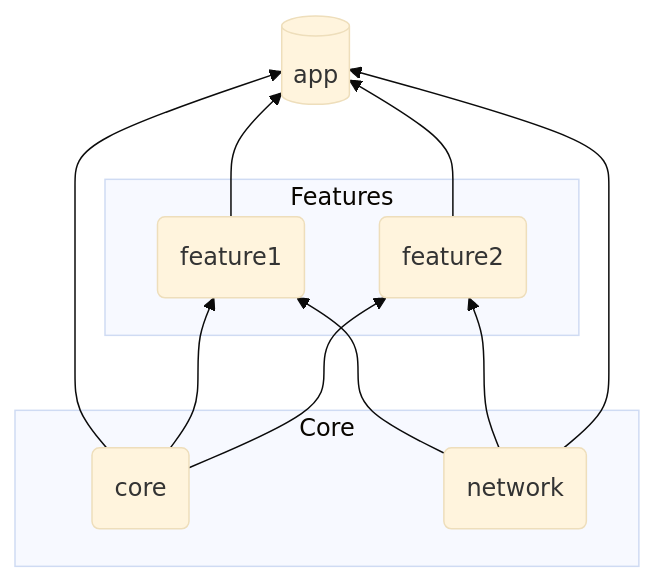
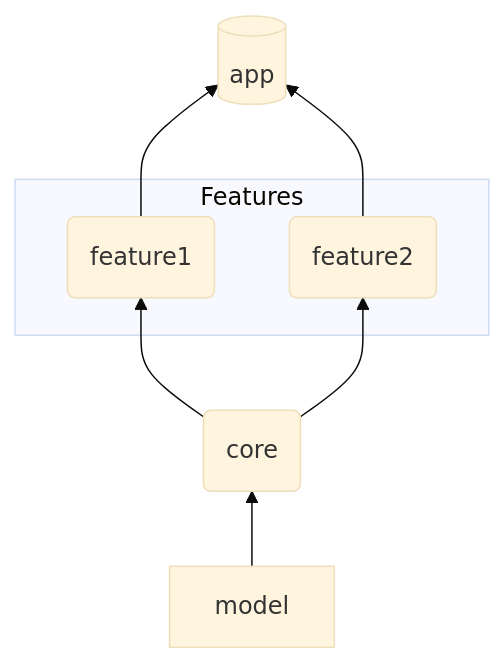
Before and after one commit to AlexeyPanchenko/shmr24: the diagram in presentation/01_Base/04_Modules/01_schema.mmd, drawn with Mermaid (base theme). The commit also changed 110 other files, not shown here.

```diff
--- a/presentation/01_Base/04_Modules/01_schema.mmd
+++ b/presentation/01_Base/04_Modules/01_schema.mmd
@@ -1,20 +1,16 @@
 flowchart BT
     app[(app)]
+    core(core)
 
     feature1 & feature2 --> app
-    core --> app
     core --> feature1
     core --> feature2
-    network --> feature1
-    network --> feature2
-    network --> app
+    model --> core
+%%    model --> app
+%%    core --> app
+
 
     subgraph Features
         feature1(feature1)
         feature2(feature2)
     end
-
-    subgraph Core
-        core(core)
-        network(network)
-    end
```
